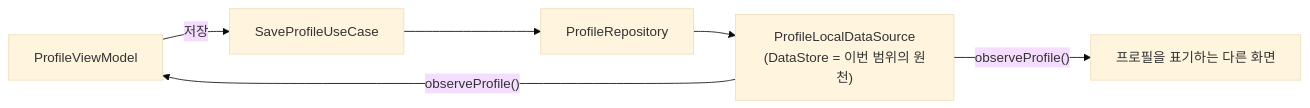
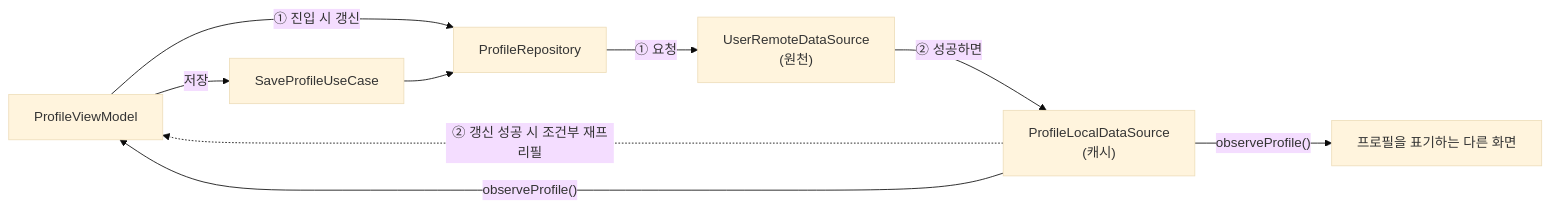
One commit to mash-up-kr/Team-MINO-Android changed the diagram in docs/specs/profile/data-model.md. Above: the diagram before and after it, drawn with Mermaid (base theme). The commit also changed other lines of this file and 14 other files, not shown here.

````diff
--- a/docs/specs/profile/data-model.md
+++ b/docs/specs/profile/data-model.md
@@ -29,8 +40,11 @@
 ```mermaid
 flowchart LR
     UI["ProfileViewModel"] -->|"저장"| UC["SaveProfileUseCase"]
+    UI -->|"① 진입 시 갱신"| Repo
+    Local -.->|"② 갱신 성공 시 조건부 재프리필"| UI
     UC --> Repo["ProfileRepository"]
-    Repo --> Local["ProfileLocalDataSource<br/>(DataStore = 이번 범위의 원천)"]
+    Repo -->|"① 요청"| Remote["UserRemoteDataSource<br/>(원천)"]
+    Remote -->|"② 성공하면"| Local["ProfileLocalDataSource<br/>(캐시)"]
     Local -->|"observeProfile()"| UI
     Local -->|"observeProfile()"| Others["프로필을 표기하는 다른 화면"]
 ```
````
